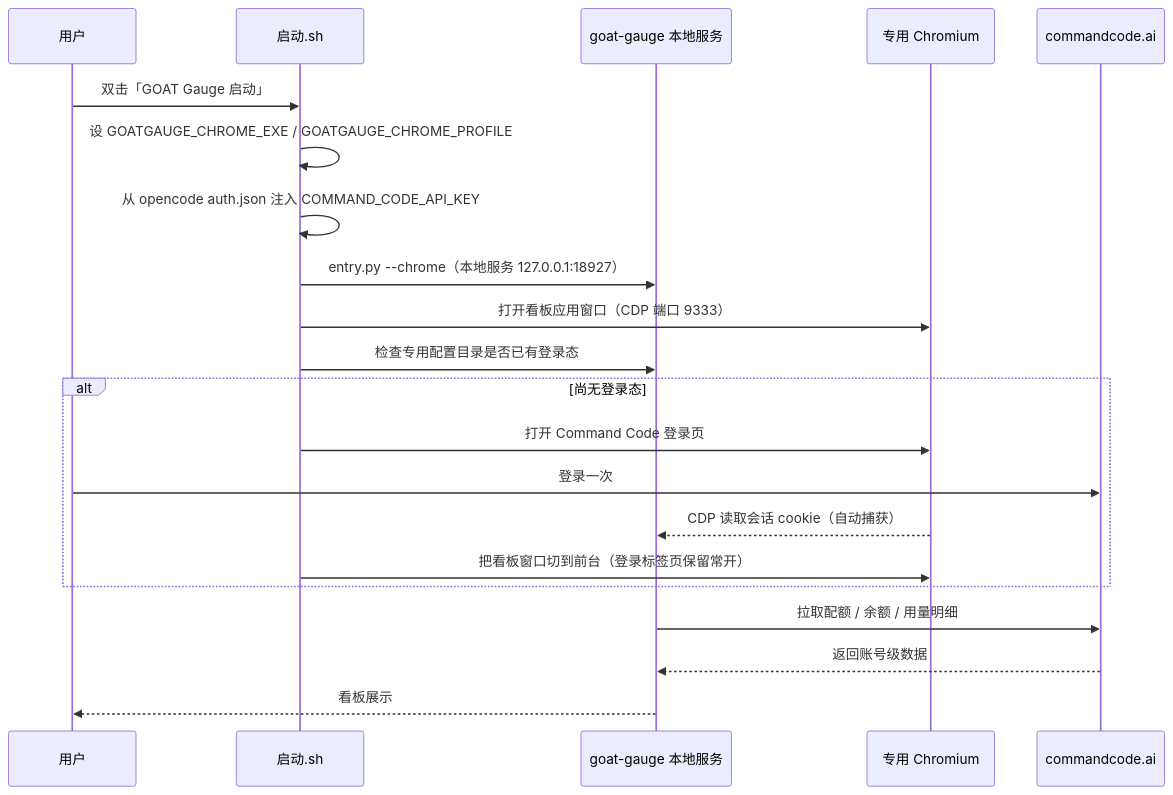
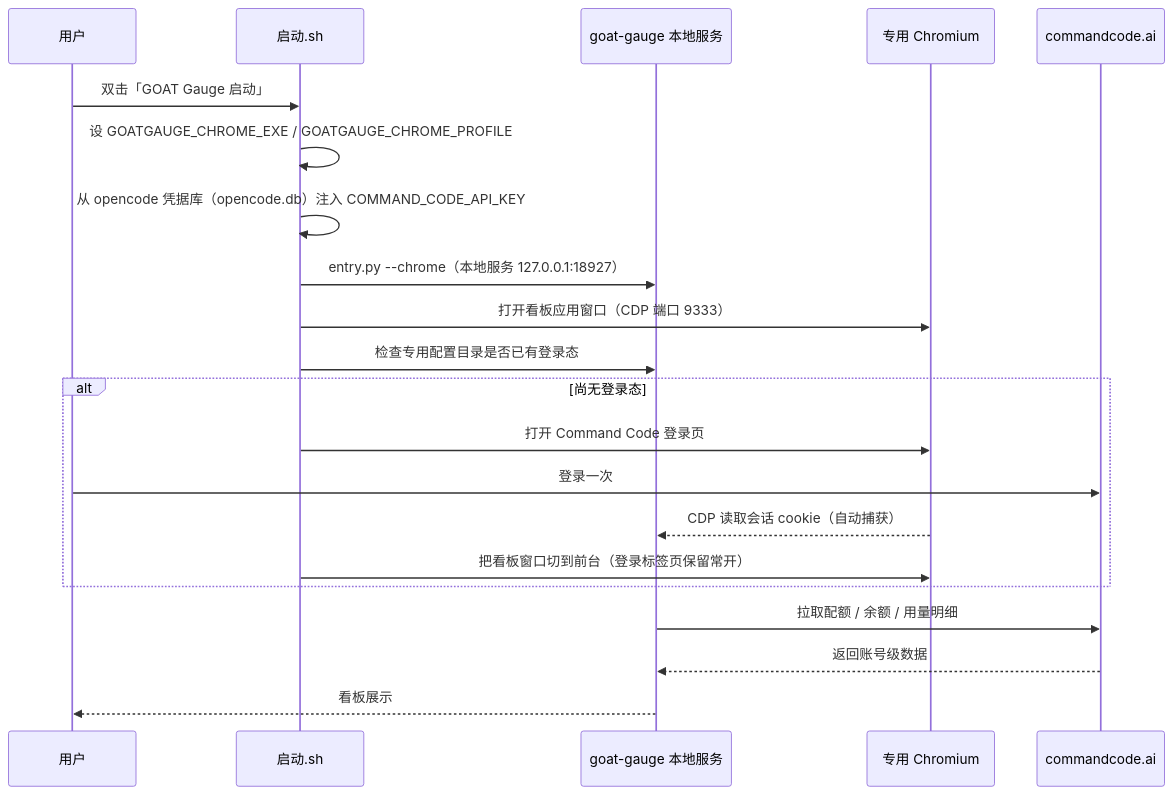
The diagram in bms文档/资料/开发机/goat-gauge部署使用说明.md (minjian123/basic-management-system), drawn with Mermaid before and after one commit. The commit also changed other lines of this file and 2 other files, not shown here.

First line of the commit message:
docs(开发机): opencode 升 2.0.21 与 CommandCode 改走 Responses API

````diff
--- a/bms文档/资料/开发机/goat-gauge部署使用说明.md
+++ b/bms文档/资料/开发机/goat-gauge部署使用说明.md
@@ -166,24 +166,24 @@
 ```mermaid
 sequenceDiagram
     participant U as 用户
     participant S as 启动.sh
     participant G as goat-gauge 本地服务
     participant C as 专用 Chromium
     participant CC as commandcode.ai
 
     U->>S: 双击「GOAT Gauge 启动」
     S->>S: 设 GOATGAUGE_CHROME_EXE / GOATGAUGE_CHROME_PROFILE
-    S->>S: 从 opencode auth.json 注入 COMMAND_CODE_API_KEY
+    S->>S: 从 opencode 凭据库（opencode.db）注入 COMMAND_CODE_API_KEY
     S->>G: entry.py --chrome（本地服务 127.0.0.1:18927）
     S->>C: 打开看板应用窗口（CDP 端口 9333）
     S->>G: 检查专用配置目录是否已有登录态
     alt 尚无登录态
         S->>C: 打开 Command Code 登录页
         U->>CC: 登录一次
         C-->>G: CDP 读取会话 cookie（自动捕获）
         S->>C: 把看板窗口切到前台（登录标签页保留常开）
     end
     G->>CC: 拉取配额 / 余额 / 用量明细
     CC-->>G: 返回账号级数据
     G-->>U: 看板展示
 ```
````
